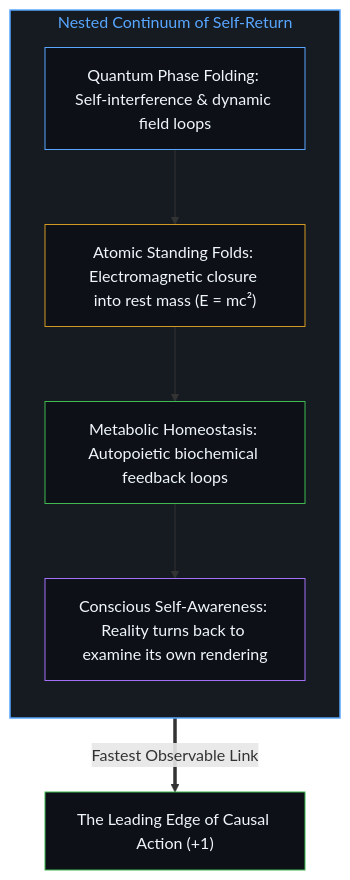
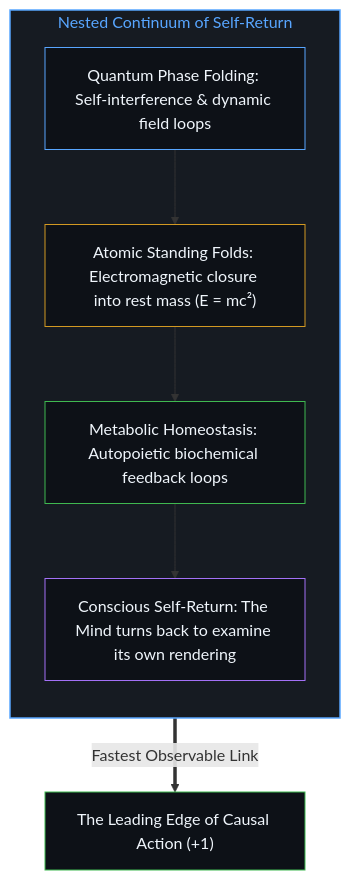
One commit to powerpig99/not-a-toe changed the second of 10 diagrams in content/posts/the-velocity-of-visibility.md. Above: the diagram before and after it, drawn with Mermaid. The commit also changed other lines of this file and 7 other files, not shown here.

````diff
--- a/content/posts/the-velocity-of-visibility.md
+++ b/content/posts/the-velocity-of-visibility.md
@@ -40,20 +38,18 @@
 ```mermaid
 flowchart TD
     subgraph S_Fold["Nested Continuum of Self-Return"]
         direction TB
         QuantumFold["Quantum Phase Folding: Self-interference & dynamic field loops"]
         AtomicFold["Atomic Standing Folds: Electromagnetic closure into rest mass (E = mc²)"]
         BioFold["Metabolic Homeostasis: Autopoietic biochemical feedback loops"]
-        MindFold["Conscious Self-Awareness: Reality turns back to examine its own rendering"]
+        MindFold["Conscious Self-Return: The Mind turns back to examine its own rendering"]
         QuantumFold --> AtomicFold --> BioFold --> MindFold
     end
-
     MindFold ==>|"Fastest Observable Link"| LeadingEdge["The Leading Edge of Causal Action (+1)"]
-
     style S_Fold fill:#161b22,stroke:#58a6ff,stroke-width:1.5px,color:#58a6ff
     style QuantumFold fill:#0d1117,stroke:#58a6ff,stroke-width:1px,color:#f0f6fc
     style AtomicFold fill:#0d1117,stroke:#d29922,stroke-width:1px,color:#f0f6fc
     style BioFold fill:#0d1117,stroke:#3fb950,stroke-width:1px,color:#f0f6fc
     style MindFold fill:#0d1117,stroke:#a371f7,stroke-width:1px,color:#f0f6fc
     style LeadingEdge fill:#0d1117,stroke:#3fb950,stroke-width:1px,color:#f0f6fc
 ```
````
